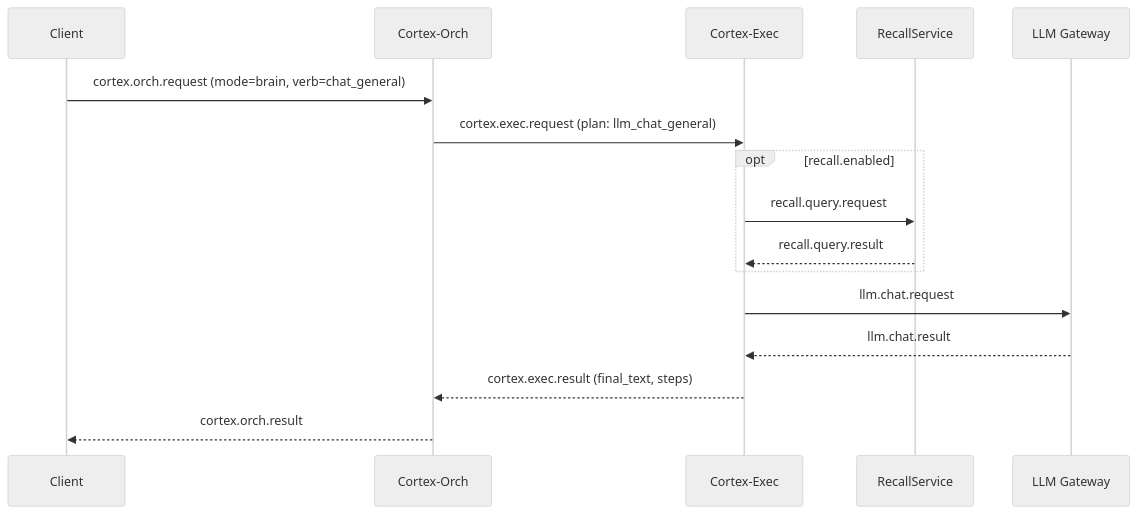
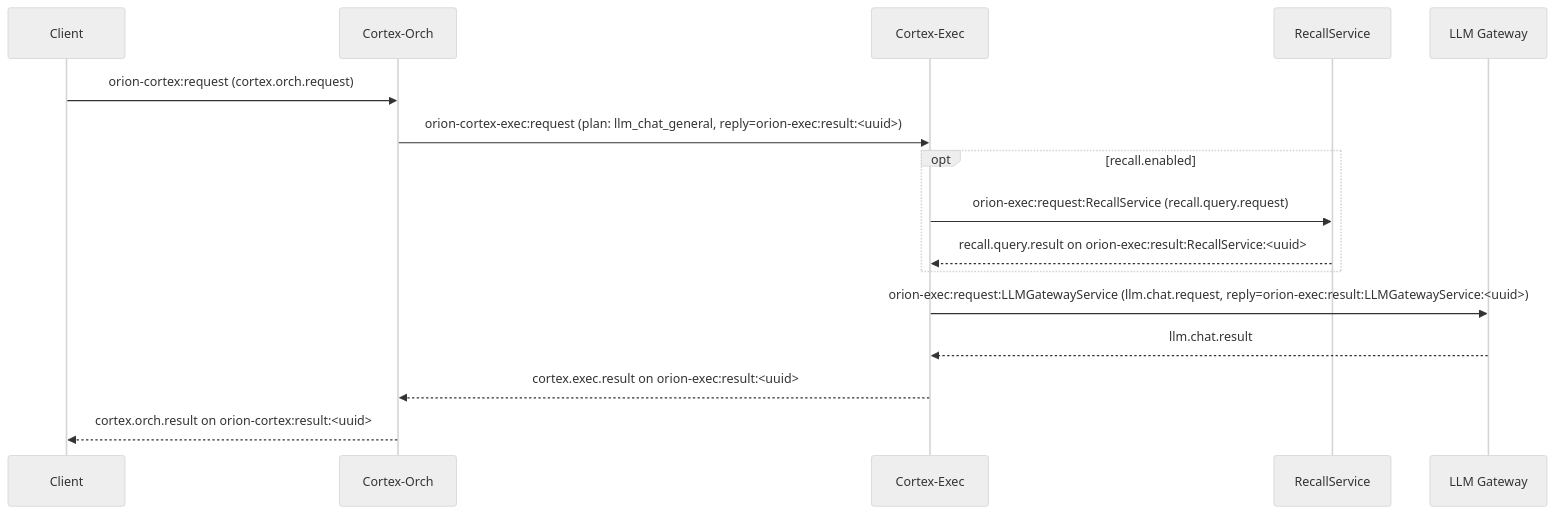
The second of 4 diagrams in docs/llm_services.md (junebug-junie/Orion-Sapienform), drawn with Mermaid (neutral theme) before and after one commit. The commit also changed other lines of this file and 10 other files, not shown here.

Commit message:
Align LLM bus docs with current service channels

````diff
--- a/docs/llm_services.md
+++ b/docs/llm_services.md
@@ -55,19 +55,19 @@
 ```mermaid
 sequenceDiagram
     participant Client
     participant Orch as Cortex-Orch
     participant Exec as Cortex-Exec
     participant Recall as RecallService
     participant LLM as LLM Gateway
 
-    Client->>Orch: cortex.orch.request (mode=brain, verb=chat_general)
-    Orch->>Exec: cortex.exec.request (plan: llm_chat_general)
+    Client->>Orch: orion-cortex:request (cortex.orch.request)
+    Orch->>Exec: orion-cortex-exec:request (plan: llm_chat_general, reply=orion-exec:result:<uuid>)
     opt recall.enabled
-        Exec->>Recall: recall.query.request
-        Recall-->>Exec: recall.query.result
+        Exec->>Recall: orion-exec:request:RecallService (recall.query.request)
+        Recall-->>Exec: recall.query.result on orion-exec:result:RecallService:<uuid>
     end
-    Exec->>LLM: llm.chat.request
+    Exec->>LLM: orion-exec:request:LLMGatewayService (llm.chat.request, reply=orion-exec:result:LLMGatewayService:<uuid>)
     LLM-->>Exec: llm.chat.result
-    Exec-->>Orch: cortex.exec.result (final_text, steps)
-    Orch-->>Client: cortex.orch.result
+    Exec-->>Orch: cortex.exec.result on orion-exec:result:<uuid>
+    Orch-->>Client: cortex.orch.result on orion-cortex:result:<uuid>
 ```
````
